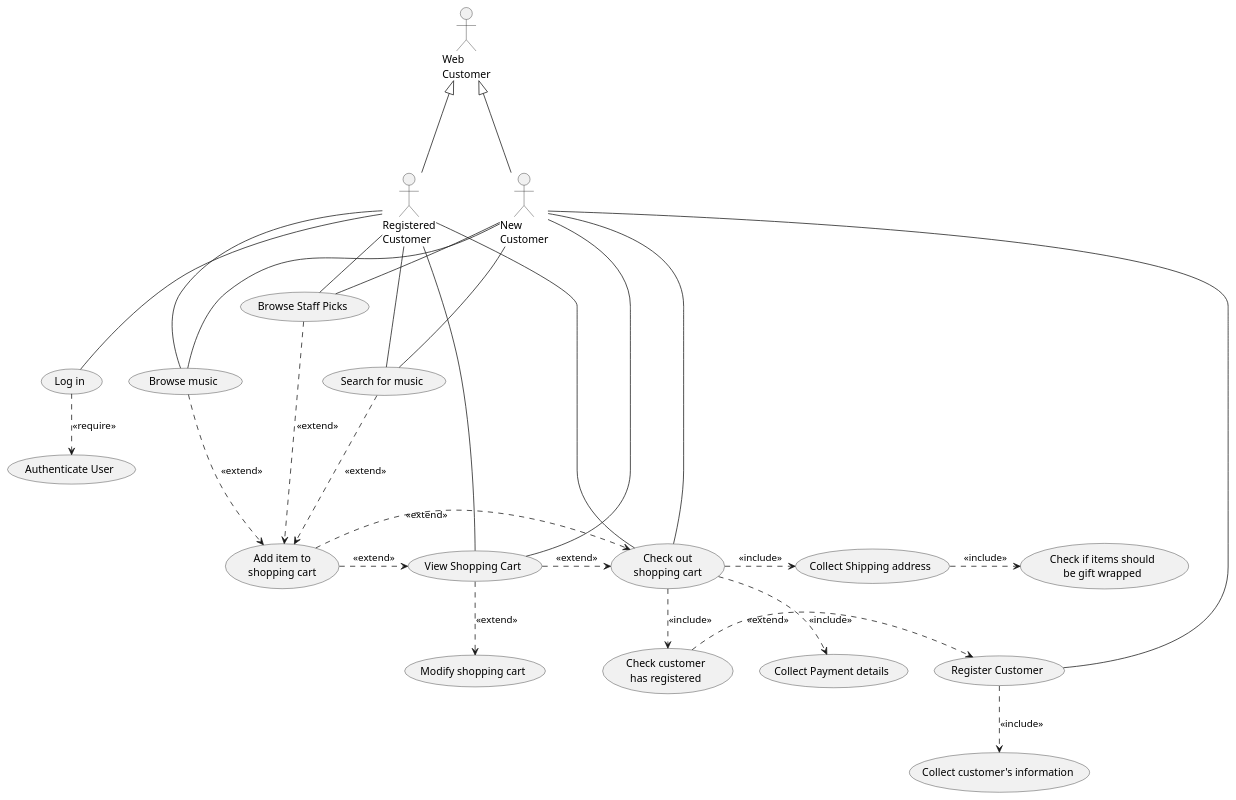
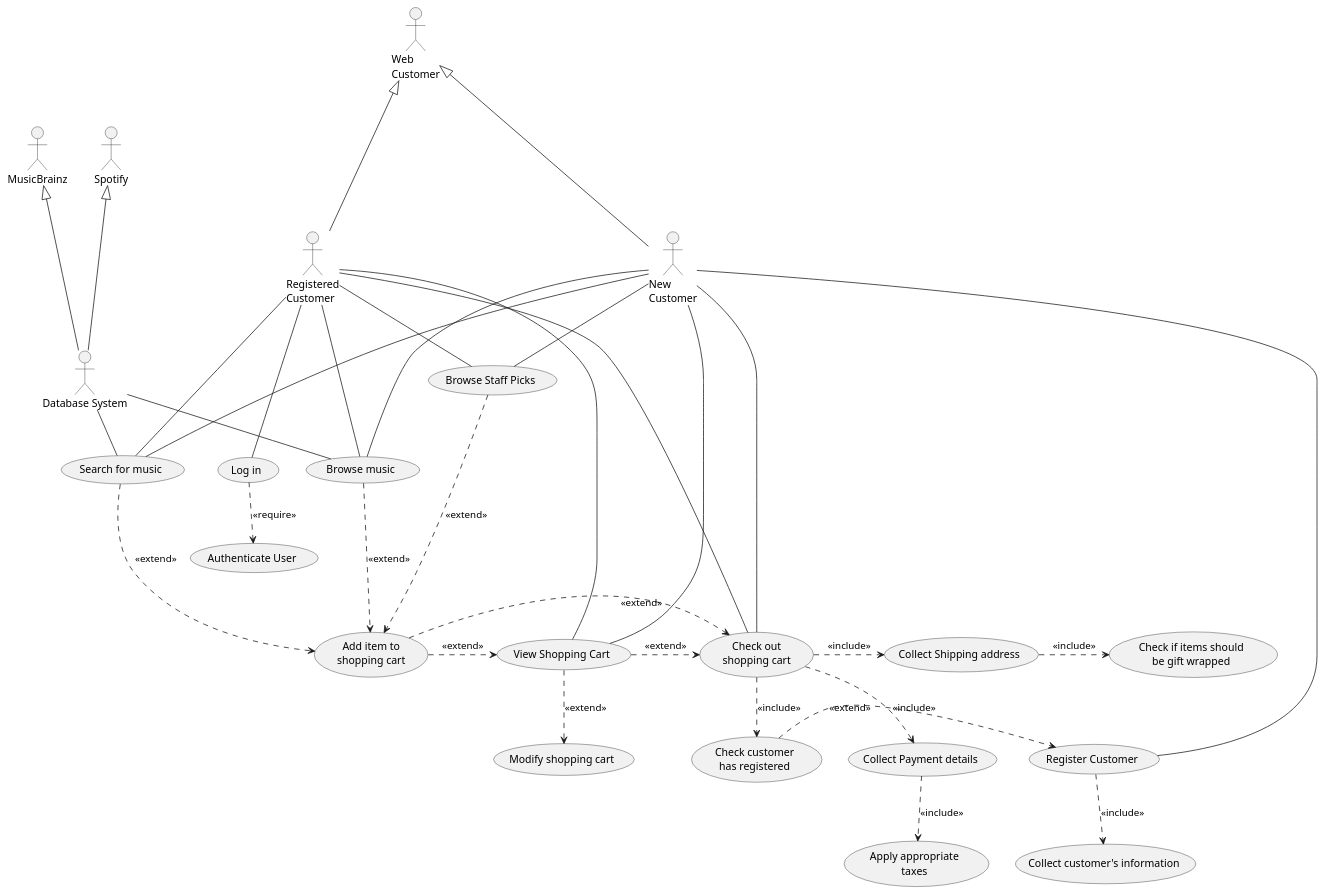
One commit to shaystevens/INFO201-assignments changed the diagram in milestone2/onlineshopping.puml. Above: the diagram before and after it, drawn with PlantUML.

Commit message:
Added database system

```diff
--- a/milestone2/onlineshopping.puml
+++ b/milestone2/onlineshopping.puml
@@ -1,52 +1,61 @@
 @startuml onlineshopping
 actor :Registered\nCustomer: as RegisteredCustomer
 actor :New\nCustomer: as NewCustomer
 actor :Web\nCustomer: as WebCustomer
+actor :Spotify: as Spotify
+actor :MusicBrainz: as MusicBrainz
+actor :Database System: as database
 
 usecase (Search for music) as SearchForMusic
 usecase (Browse music) as BrowseMusic
 usecase (Browse Staff Picks) as BrowseStaffPicks
 usecase (Add item to\nshopping cart) as AddItem
 usecase (View Shopping Cart) as ViewCart
 usecase (Modify shopping cart) as ModifyCart
 usecase (Check out\nshopping cart) as Checkout 
 usecase (Register Customer) as RegisterCustomer 
 usecase (Collect customer's information) as CollectCustomerInformation
 usecase (Check customer\nhas registered) as checkregister
 usecase (Collect Shipping address) as CollectAddress
 usecase (Collect Payment details) as CollectPayment
 usecase (Check if items should\nbe gift wrapped) as GiftWrap
+usecase (Apply appropriate\ntaxes) as taxes
 usecase (Log in) as Login
 usecase (Authenticate User) as Authenticate
 
 RegisteredCustomer --- Login
 NewCustomer -- RegisterCustomer
 RegisteredCustomer --- BrowseMusic
 RegisteredCustomer -- BrowseStaffPicks
 NewCustomer -- BrowseStaffPicks
 NewCustomer --- BrowseMusic
 RegisteredCustomer --- SearchForMusic
 NewCustomer --- SearchForMusic
 AddItem .> Checkout : <<extend>>
 SearchForMusic ...> AddItem : <<extend>>
 BrowseMusic .> AddItem : <<extend>>
 BrowseStaffPicks ..> AddItem : <<extend>>
 RegisteredCustomer -- ViewCart
 NewCustomer -- ViewCart
 ViewCart .> Checkout : <<extend>>
 ViewCart ..> ModifyCart : <<extend>>
 AddItem .> ViewCart : <<extend>>
 NewCustomer -- Checkout
 RegisteredCustomer -- Checkout
 WebCustomer <|--- RegisteredCustomer
 WebCustomer <|--- NewCustomer
 RegisterCustomer ..> CollectCustomerInformation : <<include>>
 Checkout ..> checkregister : <<include>>
 checkregister .> RegisterCustomer : <<extend>>
 Checkout .> CollectAddress : <<include>>
 CollectAddress .> GiftWrap : <<include>>
 Checkout ..> CollectPayment : <<include>>
 Login ..> Authenticate : <<require>>
+CollectPayment ..> taxes : <<include>>
+MusicBrainz <|--- database
+Spotify <|--- database
+database -- BrowseMusic
+database -- SearchForMusic
 
 
 @enduml
```
